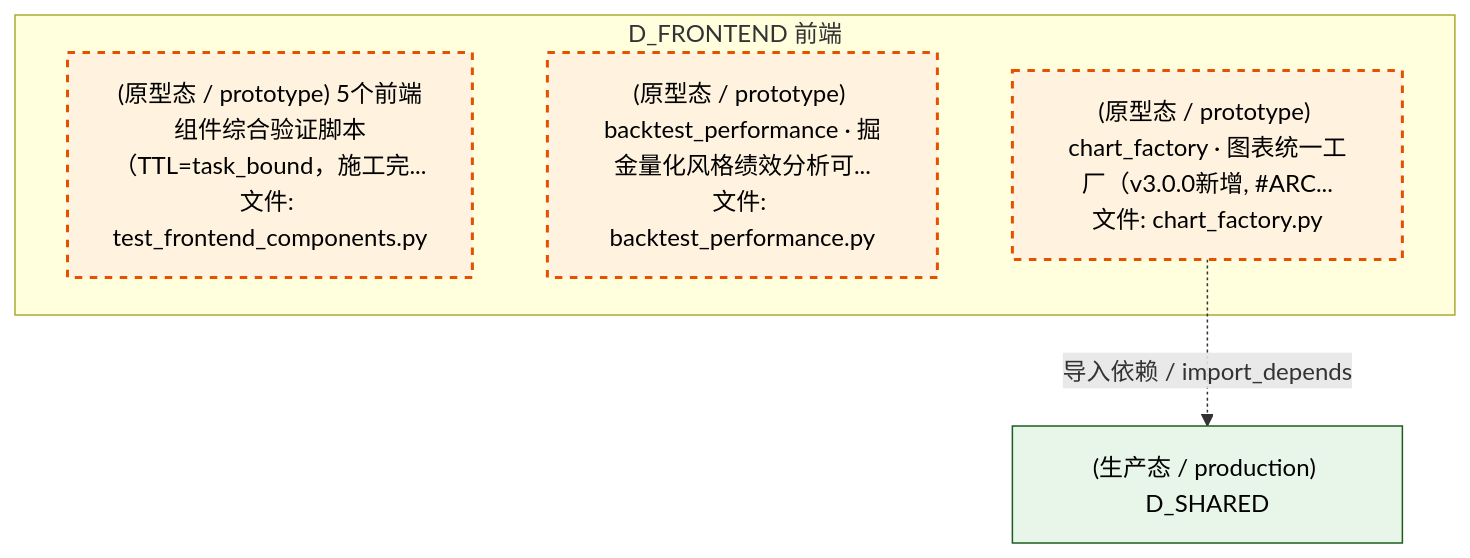
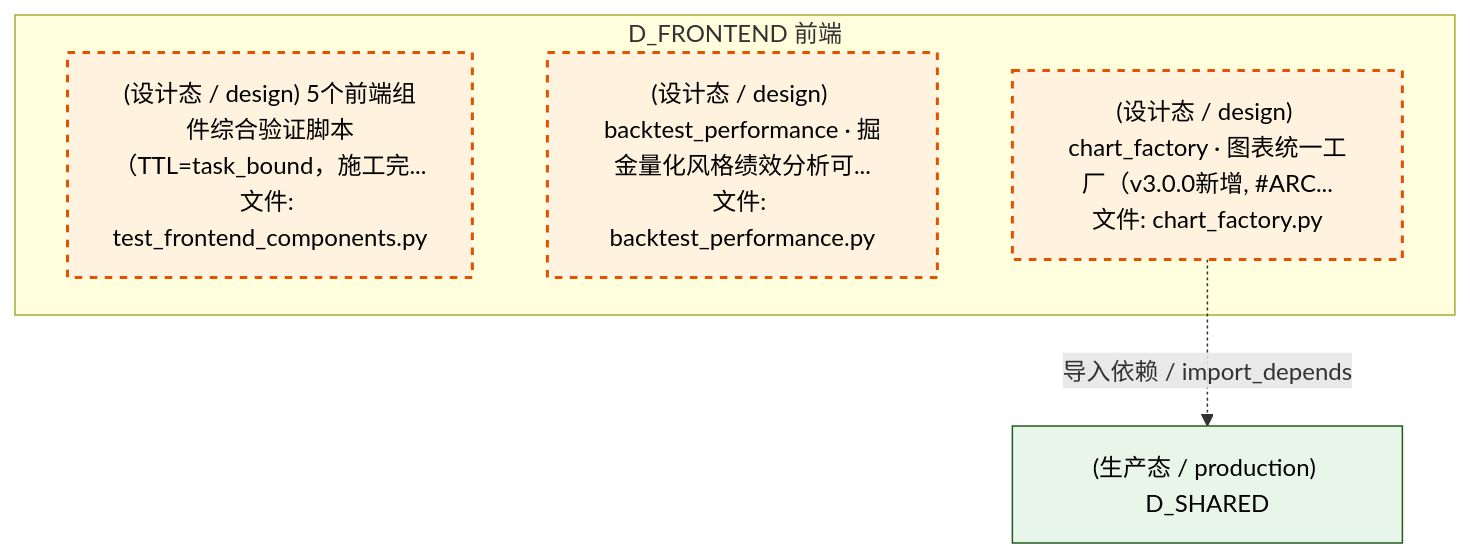
The fourth of 5 diagrams in docs/02_enterprise_architecture/02_domain_architecture_docs/15_d_frontend.md (xuanFelixVan/ZephyrAlpha), drawn with Mermaid before and after one commit. The commit also changed other lines of this file and 177 other files, not shown here.

````diff
--- a/docs/02_enterprise_architecture/02_domain_architecture_docs/15_d_frontend.md
+++ b/docs/02_enterprise_architecture/02_domain_architecture_docs/15_d_frontend.md
@@ -245,16 +244,16 @@
 ```mermaid
 graph TD
     subgraph D_FRONTEND["D_FRONTEND 前端"]
-        scripts_tests_test_frontend_components_py["(原型态 / prototype) 5个前端组件综合验证脚本（TTL=task_bound，施工完...<br/>文件: test_frontend_components.py"]
-        src_zephyr_frontend_dashboard_components_backtest_performance_py["(原型态 / prototype) backtest_performance · 掘金量化风格绩效分析可...<br/>文件: backtest_performance.py"]
-        src_zephyr_frontend_dashboard_components_chart_factory_py["(原型态 / prototype) chart_factory · 图表统一工厂（v3.0.0新增, #ARC...<br/>文件: chart_factory.py"]
+        scripts_tests_test_frontend_components_py["(设计态 / design) 5个前端组件综合验证脚本（TTL=task_bound，施工完...<br/>文件: test_frontend_components.py"]
+        src_zephyr_frontend_dashboard_components_backtest_performance_py["(设计态 / design) backtest_performance · 掘金量化风格绩效分析可...<br/>文件: backtest_performance.py"]
+        src_zephyr_frontend_dashboard_components_chart_factory_py["(设计态 / design) chart_factory · 图表统一工厂（v3.0.0新增, #ARC...<br/>文件: chart_factory.py"]
     end
     D_SHARED["(生产态 / production) D_SHARED"]
     src_zephyr_frontend_dashboard_components_chart_factory_py -.->|导入依赖 / import_depends| D_SHARED
     classDef production fill:#e1f5fe,stroke:#01579b,stroke-width:2px,color:#000
     classDef design fill:#fff3e0,stroke:#e65100,stroke-width:2px,color:#000,stroke-dasharray: 5 5
     classDef external_prod fill:#e8f5e9,stroke:#1b5e20,stroke-width:1px,color:#000
     classDef external_design fill:#fce4ec,stroke:#880e4f,stroke-width:1px,color:#000,stroke-dasharray: 5 5
     class scripts_tests_test_frontend_components_py,src_zephyr_frontend_dashboard_components_backtest_performance_py,src_zephyr_frontend_dashboard_components_chart_factory_py design
     class D_SHARED external_prod
 ```
````
